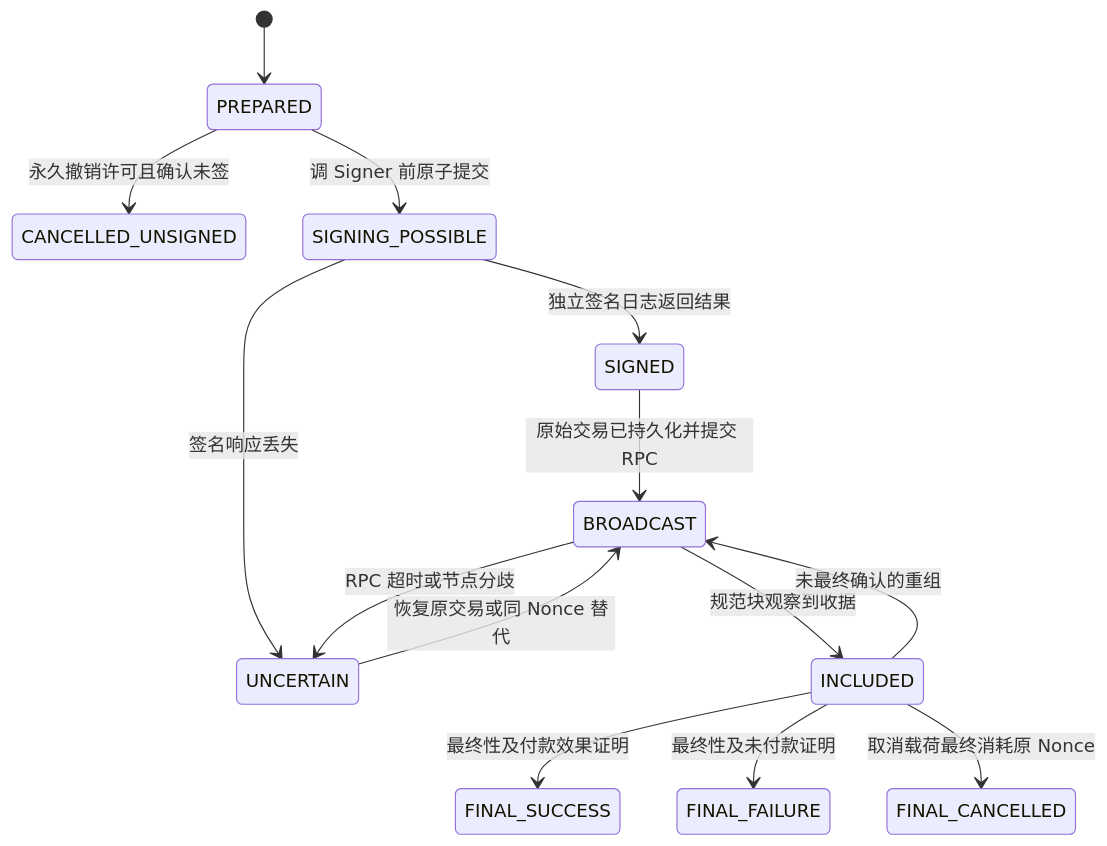
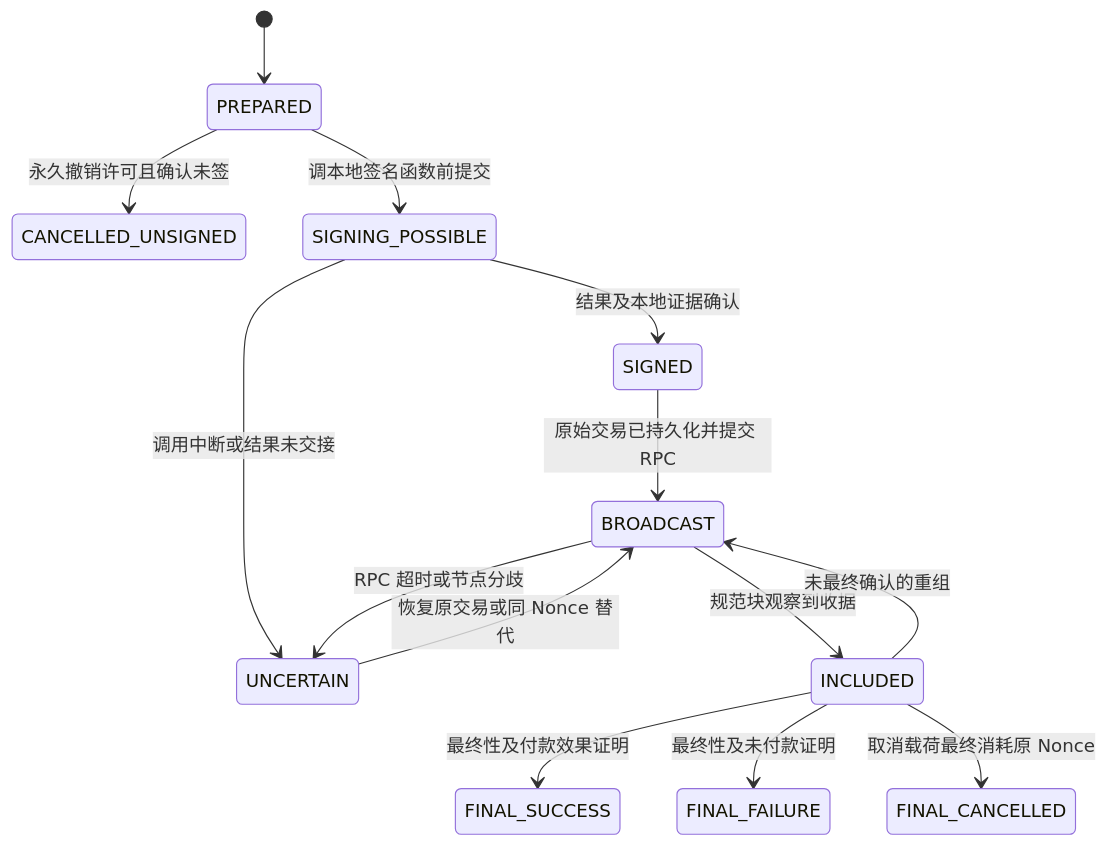
The diagram in docs/multitenant-wallet-design/20261009-v2-detailed-design/07-transaction-execution.md (Alonoril/wallet-platform), drawn with Mermaid before and after one commit. The commit also changed other lines of this file and 17 other files, not shown here.

````diff
--- a/docs/multitenant-wallet-design/20261009-v2-detailed-design/07-transaction-execution.md
+++ b/docs/multitenant-wallet-design/20261009-v2-detailed-design/07-transaction-execution.md
@@ -34,16 +36,16 @@
 ```mermaid
 stateDiagram-v2
   [*] --> PREPARED
   PREPARED --> CANCELLED_UNSIGNED: 永久撤销许可且确认未签
-  PREPARED --> SIGNING_POSSIBLE: 调 Signer 前原子提交
-  SIGNING_POSSIBLE --> SIGNED: 独立签名日志返回结果
-  SIGNING_POSSIBLE --> UNCERTAIN: 签名响应丢失
+  PREPARED --> SIGNING_POSSIBLE: 调本地签名函数前提交
+  SIGNING_POSSIBLE --> SIGNED: 结果及本地证据确认
+  SIGNING_POSSIBLE --> UNCERTAIN: 调用中断或结果未交接
   SIGNED --> BROADCAST: 原始交易已持久化并提交 RPC
   BROADCAST --> INCLUDED: 规范块观察到收据
   BROADCAST --> UNCERTAIN: RPC 超时或节点分歧
   UNCERTAIN --> BROADCAST: 恢复原交易或同 Nonce 替代
   INCLUDED --> BROADCAST: 未最终确认的重组
   INCLUDED --> FINAL_SUCCESS: 最终性及付款效果证明
   INCLUDED --> FINAL_FAILURE: 最终性及未付款证明
   INCLUDED --> FINAL_CANCELLED: 取消载荷最终消耗原 Nonce
 ```
````
